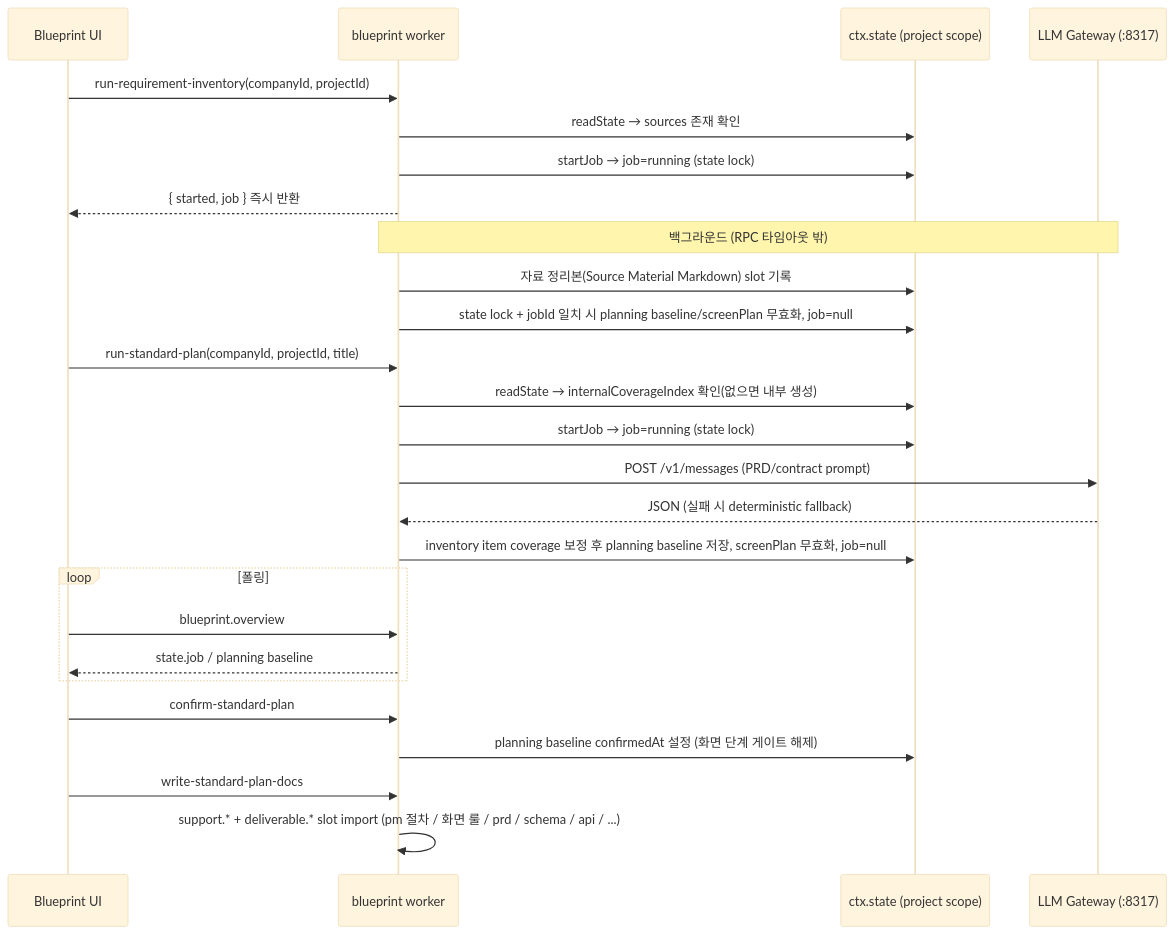
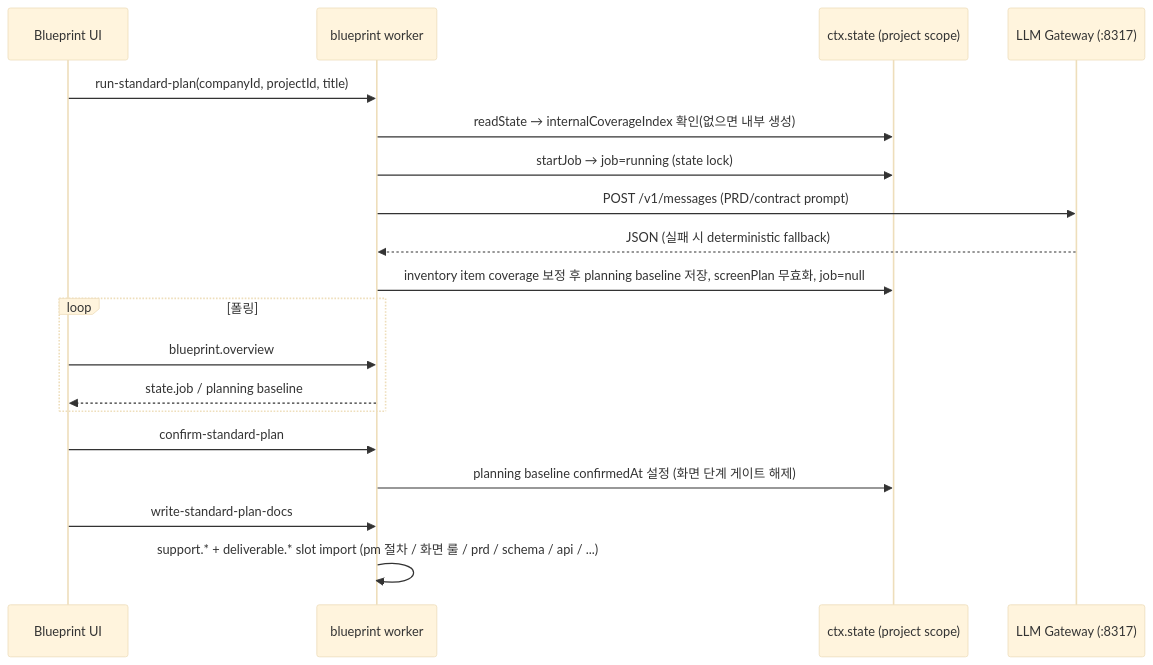
The fifth of 7 diagrams in bbr-plugins/builder/README.md (BBrightcode-atlas/company-os-v2), drawn with Mermaid (base theme) before and after one commit. The commit also changed other lines of this file and 9 other files, not shown here.

Commit message:
refactor(builder): remove requirement inventory deliverable

````diff
--- a/bbr-plugins/builder/README.md
+++ b/bbr-plugins/builder/README.md
@@ -161,29 +157,22 @@
 ```mermaid
 sequenceDiagram
   participant UI as Blueprint UI
   participant W as blueprint worker
   participant S as ctx.state (project scope)
   participant L as LLM Gateway (:8317)
 
-  UI->>W: run-requirement-inventory(companyId, projectId)
-  W->>S: readState → sources 존재 확인
-  W->>S: startJob → job=running (state lock)
-  W-->>UI: { started, job } 즉시 반환
-  Note over W,L: 백그라운드 (RPC 타임아웃 밖)
-  W->>S: 자료 정리본(Source Material Markdown) slot 기록
-  W->>S: state lock + jobId 일치 시 planning baseline/screenPlan 무효화, job=null
   UI->>W: run-standard-plan(companyId, projectId, title)
   W->>S: readState → internalCoverageIndex 확인(없으면 내부 생성)
   W->>S: startJob → job=running (state lock)
   W->>L: POST /v1/messages (PRD/contract prompt)
   L-->>W: JSON (실패 시 deterministic fallback)
   W->>S: inventory item coverage 보정 후 planning baseline 저장, screenPlan 무효화, job=null
   loop 폴링
     UI->>W: blueprint.overview
     W-->>UI: state.job / planning baseline
   end
   UI->>W: confirm-standard-plan
   W->>S: planning baseline confirmedAt 설정 (화면 단계 게이트 해제)
   UI->>W: write-standard-plan-docs
   W->>W: support.* + deliverable.* slot import (pm 절차 / 화면 룰 / prd / schema / api / ...)
 ```
````
